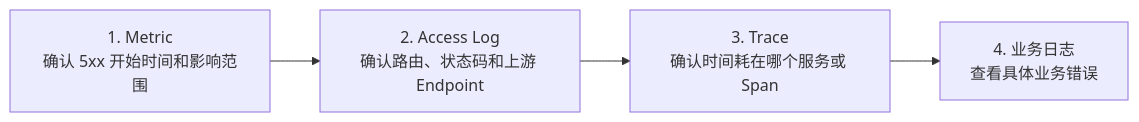
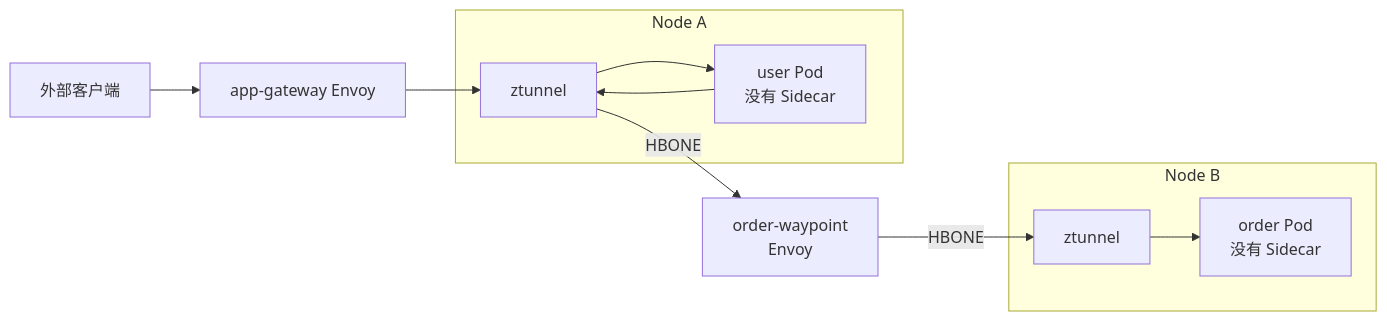
The fifth of 6 diagrams in posts/microservices/gateway/015_istio_trace.md (hotttao/backup), drawn with Mermaid before and after one commit. The commit also changed other lines of this file and 1 other file, not shown here.

Commit message:
istio 安全和 trace

````diff
--- a/posts/microservices/gateway/015_istio_trace.md
+++ b/posts/microservices/gateway/015_istio_trace.md
@@ -273,8 +388,22 @@
 ```mermaid
 flowchart LR
-    M[1. Metric<br/>确认 5xx 开始时间和影响范围]
-    L[2. Access Log<br/>确认路由、状态码和上游 Endpoint]
-    T[3. Trace<br/>确认时间耗在哪个服务或 Span]
-    A[4. 业务日志<br/>查看具体业务错误]
-    M --> L --> T --> A
+    Client[外部客户端]
+    GW[app-gateway Envoy]
+
+    subgraph NA[Node A]
+        U[user Pod<br/>没有 Sidecar]
+        UZ[ztunnel]
+    end
+
+    W[order-waypoint<br/>Envoy]
+
+    subgraph NB[Node B]
+        OZ[ztunnel]
+        O[order Pod<br/>没有 Sidecar]
+    end
+
+    Client --> GW --> UZ --> U
+    U --> UZ
+    UZ -->|HBONE| W
+    W -->|HBONE| OZ --> O
 ```
````
